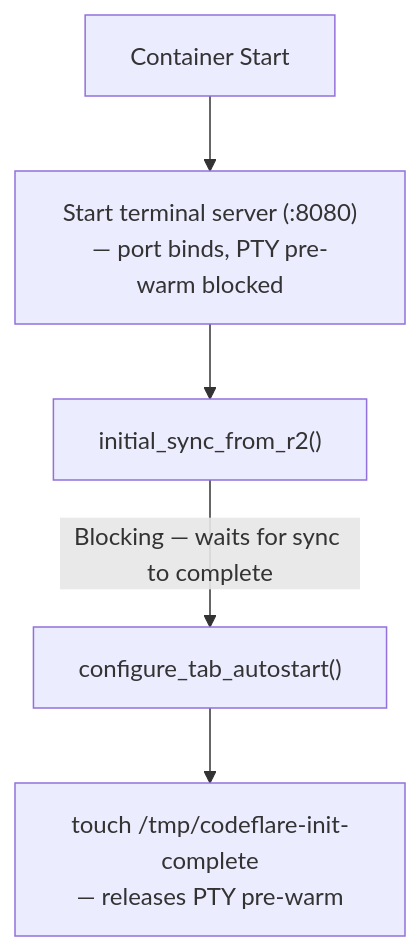
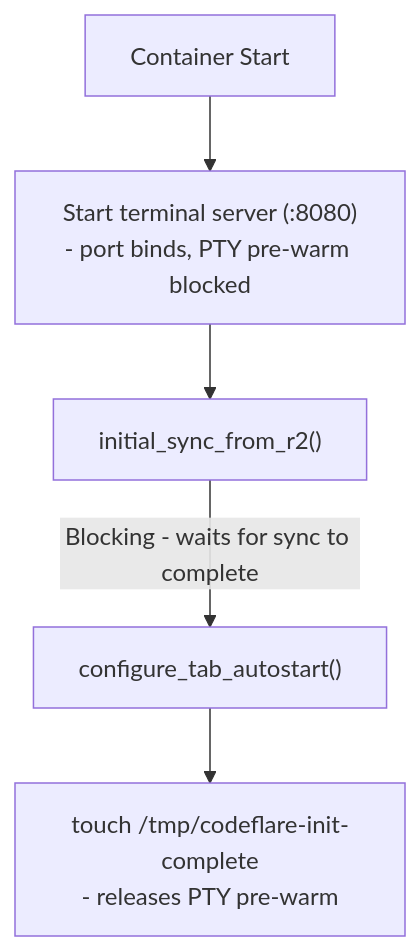
The diagram in documentation/lanes/container.md (nikolanovoselec/codeflare), drawn with Mermaid before and after one commit. The commit also changed other lines of this file and 2 other files, not shown here.

````diff
--- a/documentation/lanes/container.md
+++ b/documentation/lanes/container.md
@@ -78,7 +78,7 @@
 ```mermaid
 flowchart TD
-    A[Container Start] --> B["Start terminal server (:8080)\n— port binds, PTY pre-warm blocked"]
+    A[Container Start] --> B["Start terminal server (:8080)\n- port binds, PTY pre-warm blocked"]
     B --> C["initial_sync_from_r2()"]
-    C -->|"Blocking — waits for sync to complete"| D["configure_tab_autostart()"]
-    D --> E["touch /tmp/codeflare-init-complete\n— releases PTY pre-warm"]
+    C -->|"Blocking - waits for sync to complete"| D["configure_tab_autostart()"]
+    D --> E["touch /tmp/codeflare-init-complete\n- releases PTY pre-warm"]
 ```
````
